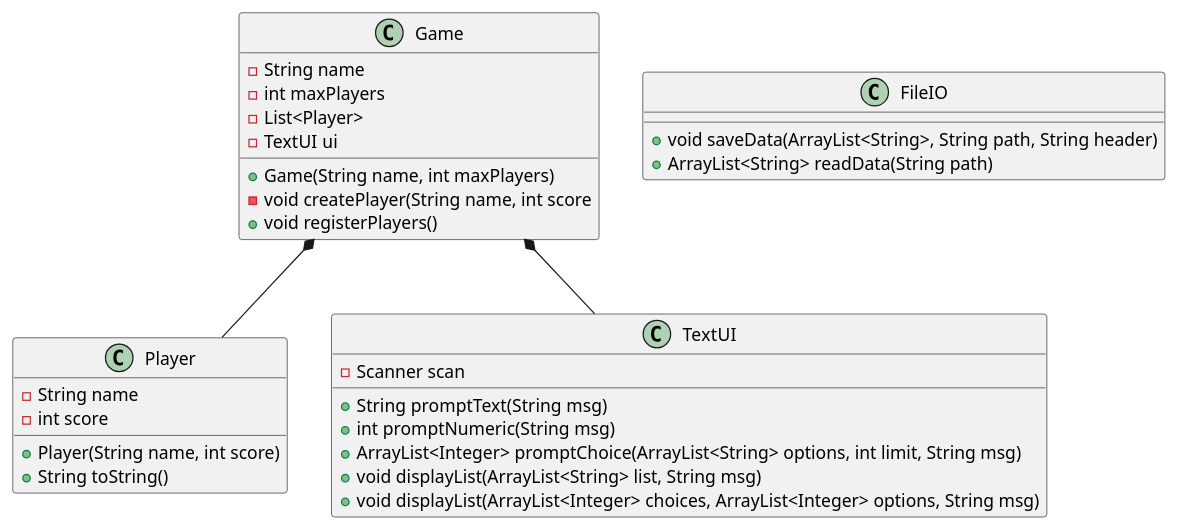
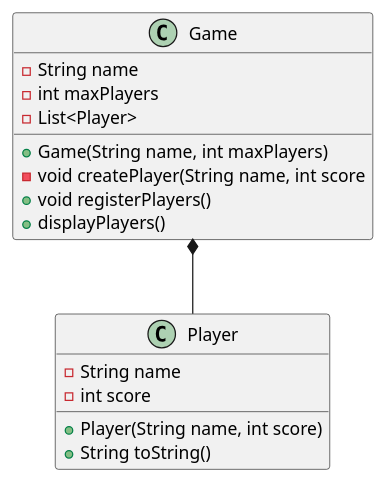
The diagram in Doc/classdiagram_v1.puml (Eligoon/Game), drawn with PlantUML before and after one commit. The commit also changed 7 other files, not shown here.

```diff
--- a/Doc/classdiagram_v1.puml
+++ b/Doc/classdiagram_v1.puml
@@ -1,53 +1,30 @@
 @startuml
 'https://plantuml.com/class-diagram
-
 class Game
 class Player
 
 
 Game *-- Player
-Game *-- TextUI
-
-'Game *-- FileIO
-
 
 
 class Game {
 - String name
 - int maxPlayers
 - List<Player>
-- TextUI ui
-'- FileIO io
+
 + Game(String name, int maxPlayers)
 - void createPlayer(String name, int score
 + void registerPlayers()
-'+ void registerPlayers(String path)
-'+ void endSession()
++ displayPlayers()
 
 }
 class Player {
 - String name
 - int score
 + Player(String name, int score)
 + String toString()
 }
 
-class TextUI {
-- Scanner scan
-' shows a message and returns the user's input as a String
-+ String promptText(String msg)
-' shows a message and returns the user's input as an integer
-+ int promptNumeric(String msg)
-' shows the options, promts for choices until limit is reached, and returns the user's choices as a list
-+ ArrayList<Integer> promptChoice(ArrayList<String> options, int limit, String msg)
-' shows a message and lists the content of a list
-+ void displayList(ArrayList<String> list, String msg)
-+ void displayList(ArrayList<Integer> choices, ArrayList<Integer> options, String msg)
-}
-class FileIO{
-+ void saveData(ArrayList<String>, String path, String header)
-+ ArrayList<String> readData(String path)
-}
 
 
 @enduml
```
